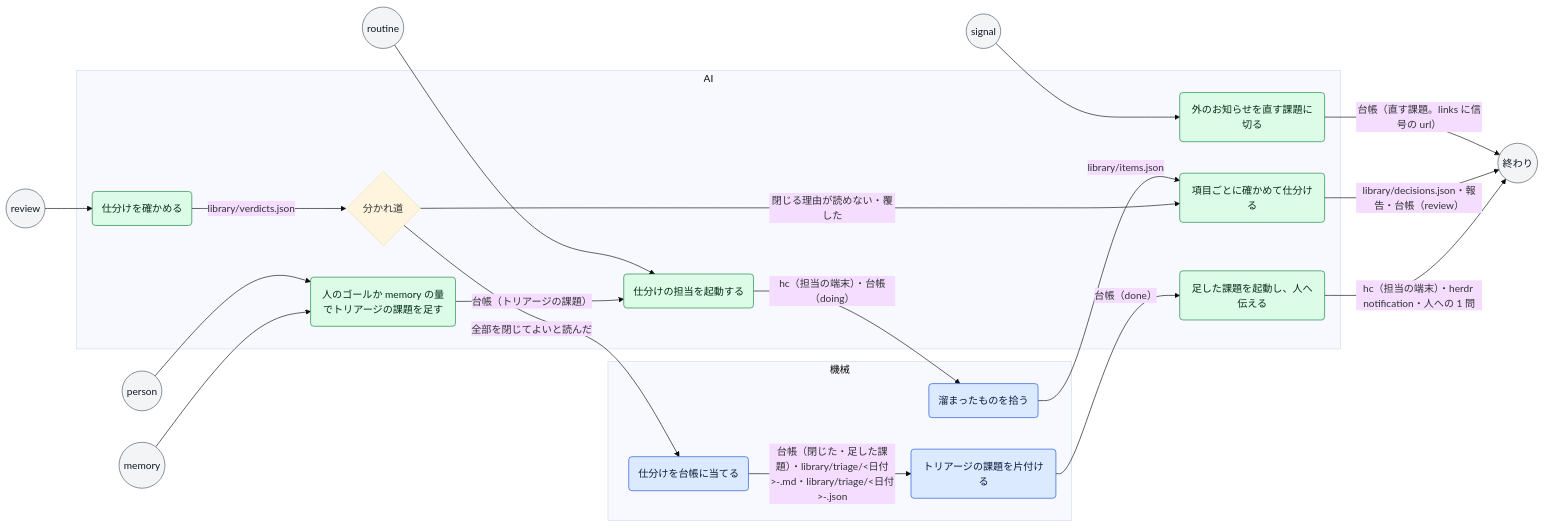
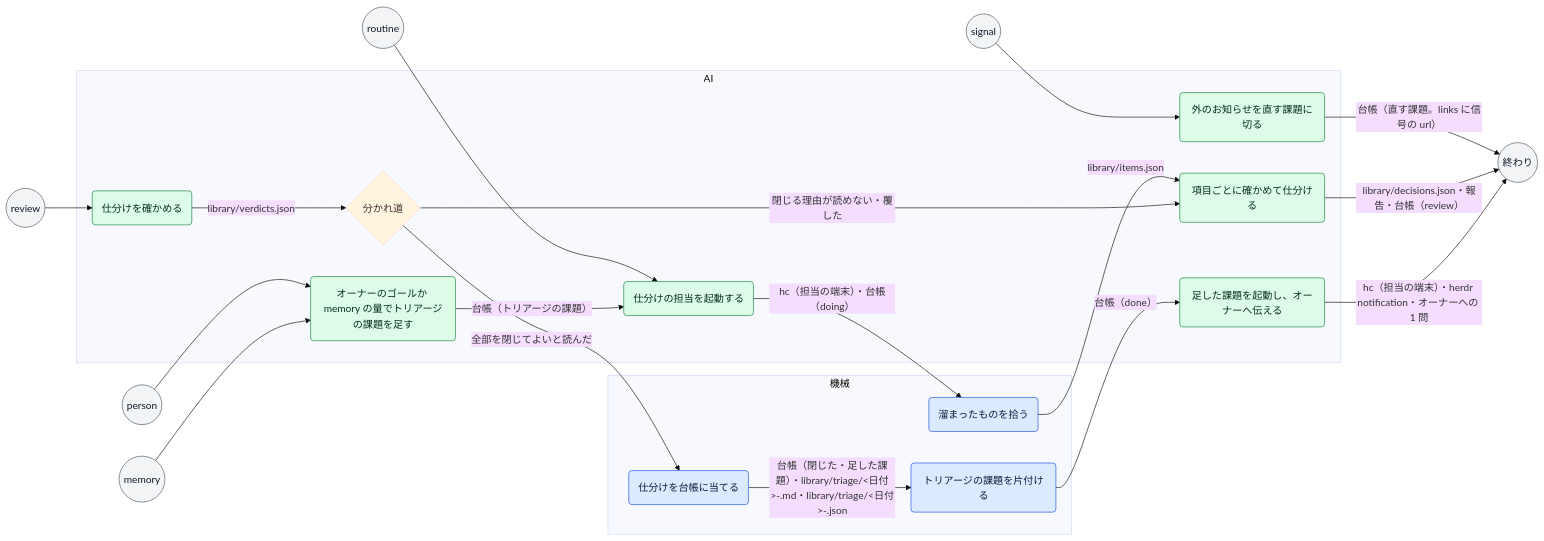
One commit to mitaku/andon changed the diagram in docs/process/triage.md. Above: the diagram before and after it, drawn with Mermaid (base theme). The commit also changed other lines of this file and 31 other files, not shown here.

````diff
--- a/docs/process/triage.md
+++ b/docs/process/triage.md
@@ -19,43 +19,43 @@
 ```mermaid
 flowchart LR
   classDef machine fill:#dbeafe,stroke:#1d4ed8,color:#0b1b3a
   classDef ai fill:#dcfce7,stroke:#15803d,color:#052e16
   classDef person fill:#fef3c7,stroke:#b45309,color:#3b1d02
   classDef event fill:#f3f4f6,stroke:#4b5563,color:#111827
   t_routine(("routine")):::event
   t_person(("person")):::event
   t_signal(("signal")):::event
   t_memory(("memory")):::event
   t_review(("review")):::event
   subgraph lane_machine["機械"]
     s_collect("溜まったものを拾う"):::machine
     s_apply("仕分けを台帳に当てる"):::machine
     s_finish("トリアージの課題を片付ける"):::machine
   end
   subgraph lane_ai["AI"]
     s_signal("外のお知らせを直す課題に切る"):::ai
-    s_add("人のゴールか memory の量でトリアージの課題を足す"):::ai
+    s_add("オーナーのゴールか memory の量でトリアージの課題を足す"):::ai
     s_start("仕分けの担当を起動する"):::ai
     s_sort("項目ごとに確かめて仕分ける"):::ai
     s_check("仕分けを確かめる"):::ai
     g_check{"分かれ道"}
-    s_follow("足した課題を起動し、人へ伝える"):::ai
+    s_follow("足した課題を起動し、オーナーへ伝える"):::ai
   end
   t_routine --> s_start
   t_person --> s_add
   t_signal --> s_signal
   t_memory --> s_add
   t_review --> s_check
   s_signal -->|"台帳（直す課題。links に信号の url）"| fin
   s_add -->|"台帳（トリアージの課題）"| s_start
   s_start -->|"hc（担当の端末）・台帳（doing）"| s_collect
   s_collect -->|"library/items.json"| s_sort
   s_sort -->|"library/decisions.json・報告・台帳（review）"| fin
   s_check -->|"library/verdicts.json"| g_check
   g_check -->|"閉じる理由が読めない・覆した"| s_sort
   g_check -->|"全部を閉じてよいと読んだ"| s_apply
   s_apply -->|"台帳（閉じた・足した課題）・library/triage/<日付>-<id>.md・library/triage/<日付>-<id>.json"| s_finish
   s_finish -->|"台帳（done）"| s_follow
-  s_follow -->|"hc（担当の端末）・herdr notification・人への 1 問"| fin
+  s_follow -->|"hc（担当の端末）・herdr notification・オーナーへの 1 問"| fin
   fin(("終わり")):::event
 ```
````
